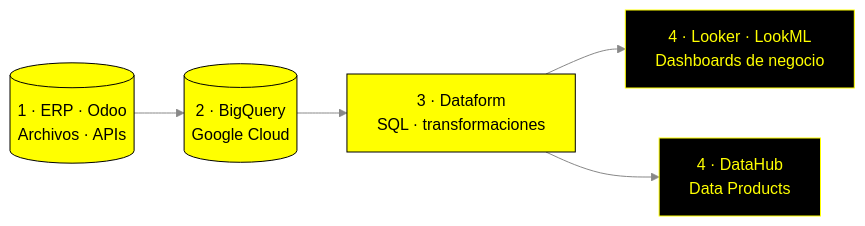
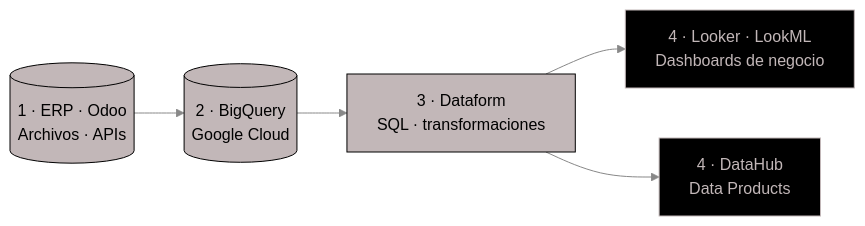
Before and after one commit to martana33/martana33: the diagram in README.md, drawn with Mermaid. The commit also changed other lines of this file, not shown here.

````diff
--- a/README.md
+++ b/README.md
@@ -45,10 +45,10 @@
 ```mermaid
-%%{init: {'theme':'base','themeVariables':{'primaryColor':'#FFFF00','primaryTextColor':'#000000','primaryBorderColor':'#000000','lineColor':'#888888','fontFamily':'monospace'}}}%%
+%%{init: {'theme':'base','themeVariables':{'primaryColor':'#c2b7b8','primaryTextColor':'#000000','primaryBorderColor':'#000000','lineColor':'#888888','fontFamily':'monospace'}}}%%
 flowchart LR
     A[("1 · ERP · Odoo<br/>Archivos · APIs")] --> B[("2 · BigQuery<br/>Google Cloud")]
     B --> C["3 · Dataform<br/>SQL · transformaciones"]
     C --> D["4 · Looker · LookML<br/>Dashboards de negocio"]
     C --> E["4 · DataHub<br/>Data Products"]
-    style D fill:#000000,color:#FFFF00,stroke:#FFFF00
-    style E fill:#000000,color:#FFFF00,stroke:#FFFF00
+    style D fill:#000000,color:#c2b7b8,stroke:#c2b7b8
+    style E fill:#000000,color:#c2b7b8,stroke:#c2b7b8
 ```
````
